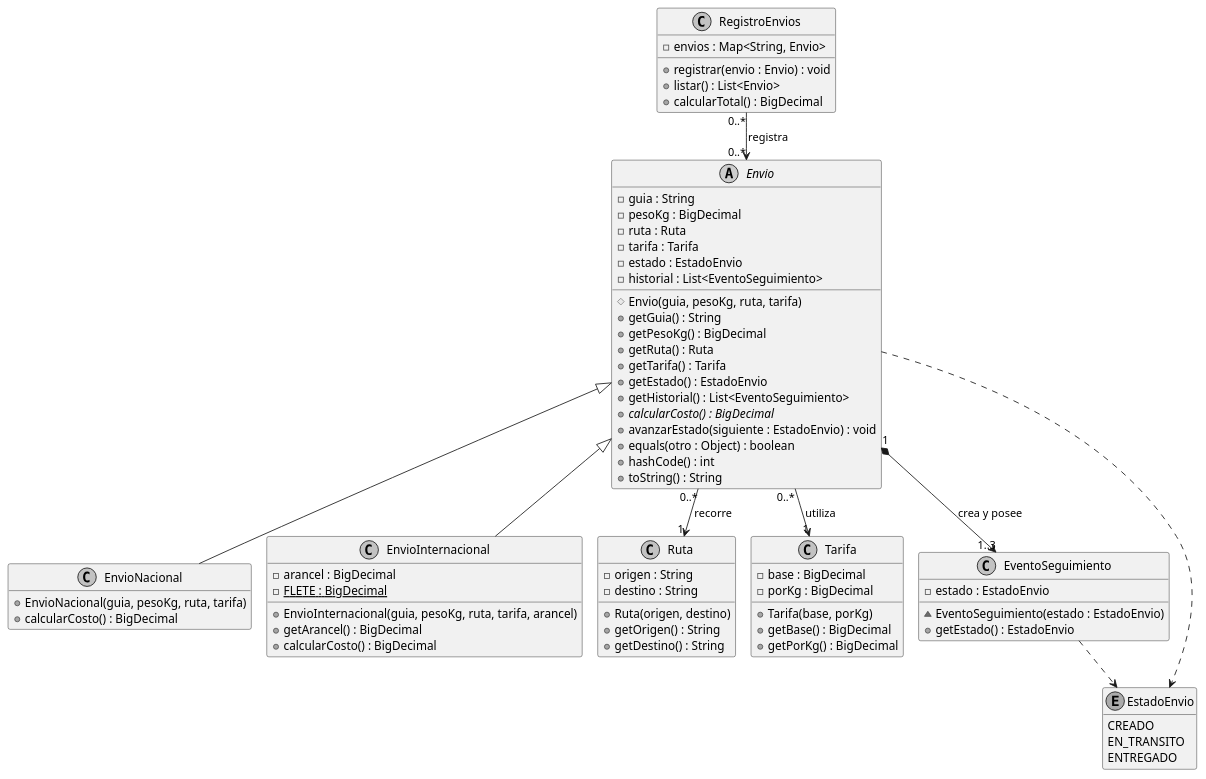
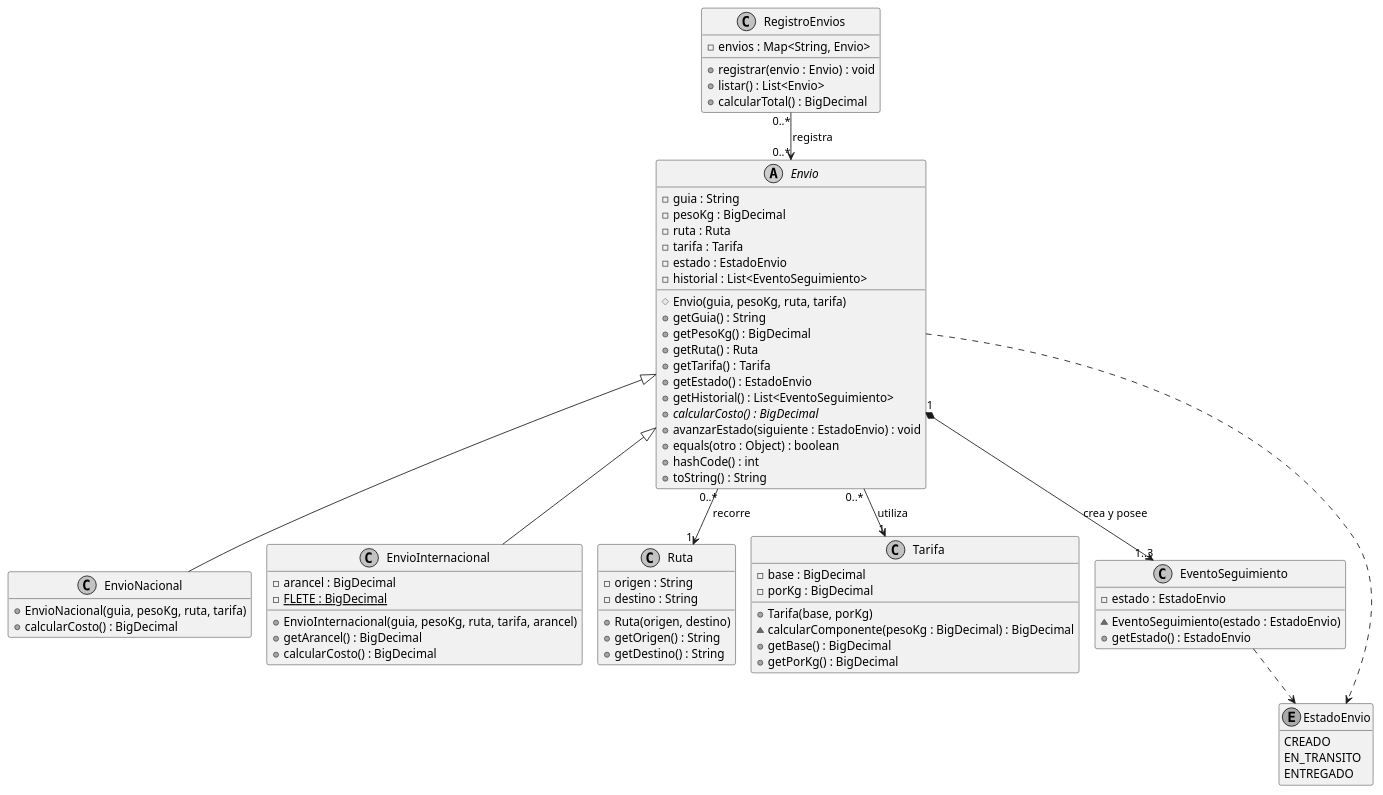
Before and after one commit to JEIJEIMARTINEZ/ACT06-Logistica: the diagram in docs/modelo.puml, drawn with PlantUML. The commit also changed 9 other files, not shown here.

```diff
--- a/docs/modelo.puml
+++ b/docs/modelo.puml
@@ -1,76 +1,77 @@
 @startuml
 !pragma layout smetana
 skinparam monochrome true
 skinparam shadowing false
 hide empty members
 top to bottom direction
 abstract class Envio {
  - guia : String
  - pesoKg : BigDecimal
  - ruta : Ruta
  - tarifa : Tarifa
  - estado : EstadoEnvio
  - historial : List<EventoSeguimiento>
  # Envio(guia, pesoKg, ruta, tarifa)
  + getGuia() : String
  + getPesoKg() : BigDecimal
  + getRuta() : Ruta
  + getTarifa() : Tarifa
  + getEstado() : EstadoEnvio
  + getHistorial() : List<EventoSeguimiento>
  {abstract} + calcularCosto() : BigDecimal
  + avanzarEstado(siguiente : EstadoEnvio) : void
  + equals(otro : Object) : boolean
  + hashCode() : int
  + toString() : String
 }
 class EnvioNacional {
  + EnvioNacional(guia, pesoKg, ruta, tarifa)
  + calcularCosto() : BigDecimal
 }
 class EnvioInternacional {
  - arancel : BigDecimal
  {static} - FLETE : BigDecimal
  + EnvioInternacional(guia, pesoKg, ruta, tarifa, arancel)
  + getArancel() : BigDecimal
  + calcularCosto() : BigDecimal
 }
 class Ruta {
  - origen : String
  - destino : String
  + Ruta(origen, destino)
  + getOrigen() : String
  + getDestino() : String
 }
 class Tarifa {
  - base : BigDecimal
  - porKg : BigDecimal
  + Tarifa(base, porKg)
+ ~ calcularComponente(pesoKg : BigDecimal) : BigDecimal
  + getBase() : BigDecimal
  + getPorKg() : BigDecimal
 }
 class RegistroEnvios {
  - envios : Map<String, Envio>
  + registrar(envio : Envio) : void
  + listar() : List<Envio>
  + calcularTotal() : BigDecimal
 }
 class EventoSeguimiento {
  - estado : EstadoEnvio
  ~ EventoSeguimiento(estado : EstadoEnvio)
  + getEstado() : EstadoEnvio
 }
 enum EstadoEnvio {
  CREADO
  EN_TRANSITO
  ENTREGADO
 }
 Envio <|-- EnvioNacional
 Envio <|-- EnvioInternacional
 RegistroEnvios "0..*" --> "0..*" Envio : registra
 Envio "0..*" --> "1" Ruta : recorre
 Envio "0..*" --> "1" Tarifa : utiliza
 Envio "1" *--> "1..3" EventoSeguimiento : crea y posee
 Envio ..> EstadoEnvio
 EventoSeguimiento ..> EstadoEnvio
 @enduml
```
